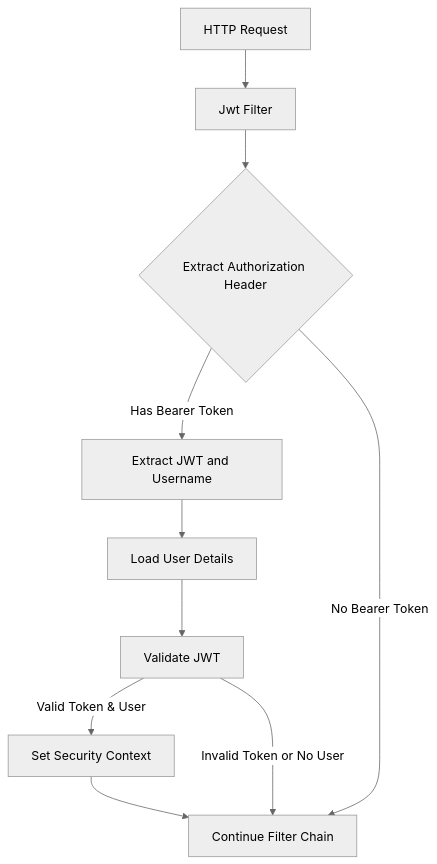
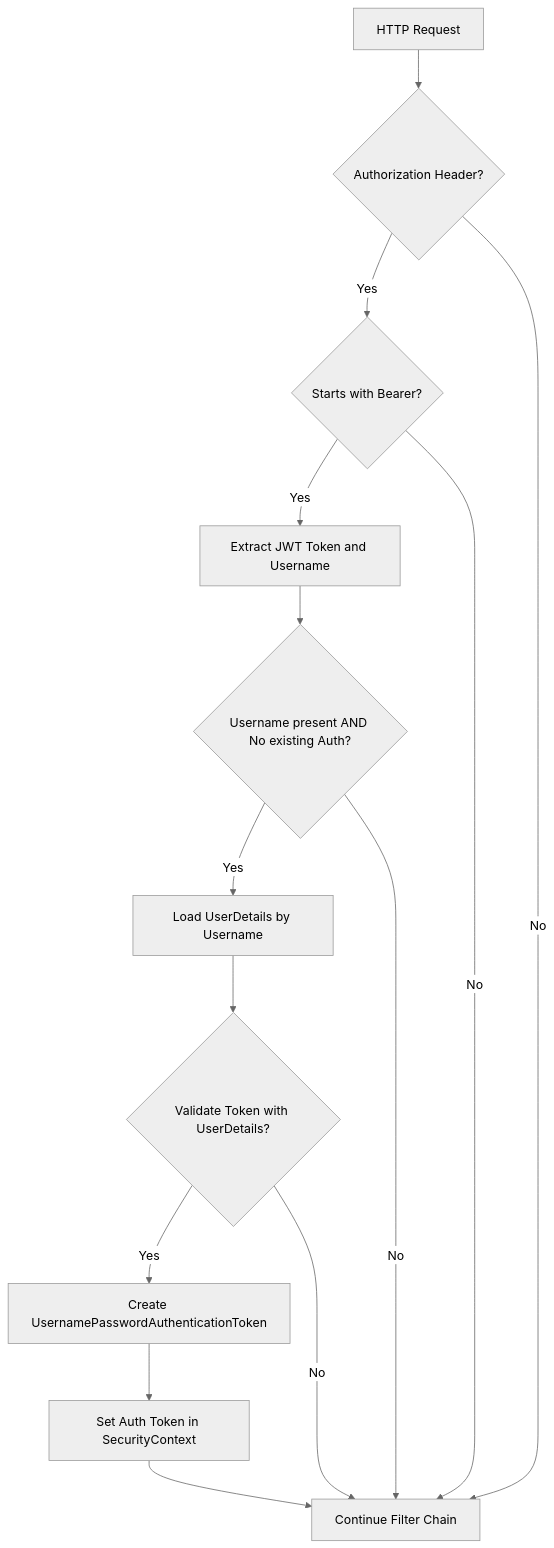
The diagram in docs/Github-Repository-Management_src_main_java_com_Barsat_Github_Repository_Management_Config_Jwt_JwtFilter.java.md (test-company-prowiz/Easy-Repo), drawn with Mermaid (neutral theme) before and after one commit. The commit also changed other lines of this file, not shown here.

Commit message:
docs: auto-generated documentation for docs/Github-Repository-Management_src_main_java_com_Barsat_Github_Repository_Management_Config_Jwt_JwtFilter.java.md

````diff
--- a/docs/Github-Repository-Management_src_main_java_com_Barsat_Github_Repository_Management_Config_Jwt_JwtFilter.java.md
+++ b/docs/Github-Repository-Management_src_main_java_com_Barsat_Github_Repository_Management_Config_Jwt_JwtFilter.java.md
@@ -42,12 +45,16 @@
 ```mermaid
 graph TD
-A[HTTP Request] --> B[Jwt Filter]
-B --> C{Extract Authorization Header}
-C -- Has Bearer Token --> D[Extract JWT and Username]
-D --> E[Load User Details]
-E --> F[Validate JWT]
-F -- Valid Token & User --> G[Set Security Context]
-G --> H[Continue Filter Chain]
-F -- Invalid Token or No User --> H
-C -- No Bearer Token --> H
+A[HTTP Request] --> B{Authorization Header?};
+B -- Yes --> C{Starts with Bearer?};
+C -- Yes --> D[Extract JWT Token and Username];
+D --> E{Username present AND No existing Auth?};
+E -- Yes --> F[Load UserDetails by Username];
+F --> G{Validate Token with UserDetails?};
+G -- Yes --> H[Create UsernamePasswordAuthenticationToken];
+H --> I[Set Auth Token in SecurityContext];
+I --> J[Continue Filter Chain];
+G -- No --> J;
+E -- No --> J;
+C -- No --> J;
+B -- No --> J;
 ```
````
